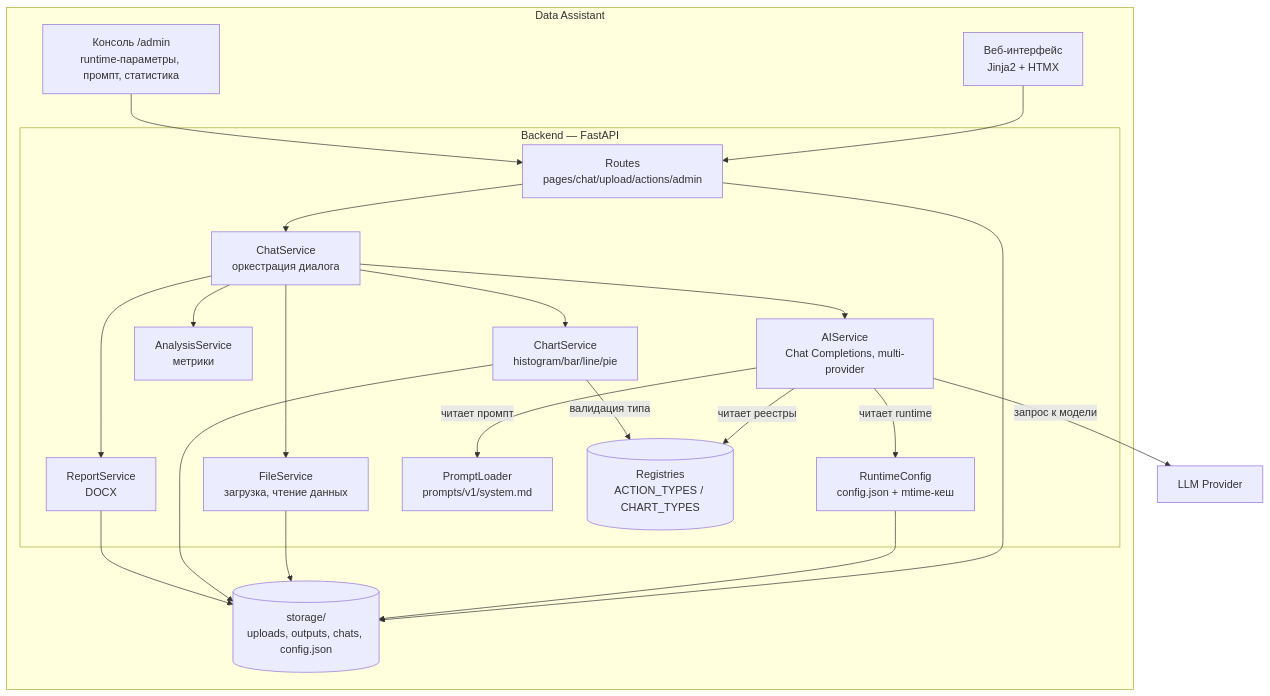
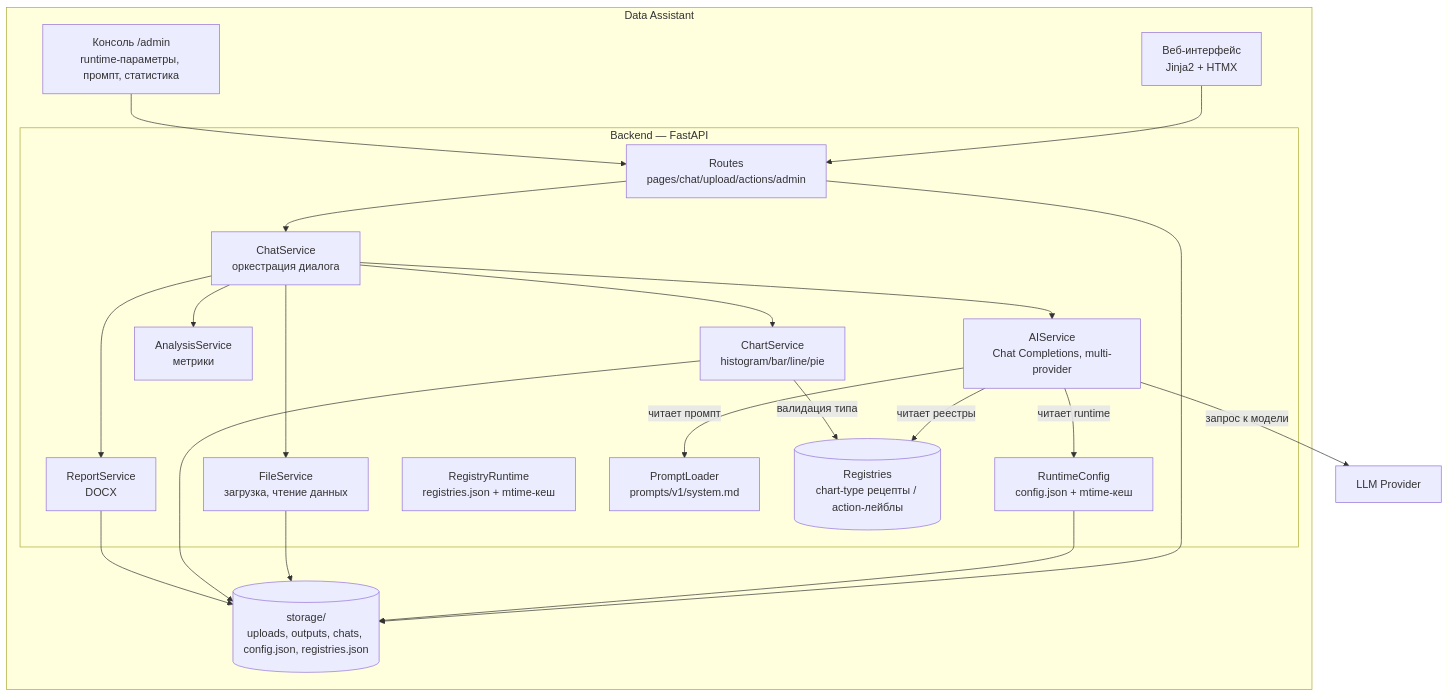
Before and after one commit to AlexLvGulyaev/ai-data-assistant: the second of 3 diagrams in docs/ARCHITECTURE.md, drawn with Mermaid. The commit also changed other lines of this file and 6 other files, not shown here.

````diff
--- a/docs/ARCHITECTURE.md
+++ b/docs/ARCHITECTURE.md
@@ -41,45 +41,46 @@
 ```mermaid
 flowchart TB
     subgraph "Data Assistant"
         WebUI["Веб-интерфейс<br/>Jinja2 + HTMX"]
         Admin["Консоль /admin<br/>runtime-параметры, промпт, статистика"]
 
         subgraph "Backend — FastAPI"
             Routes["Routes<br/>pages/chat/upload/actions/admin"]
             Chat["ChatService<br/>оркестрация диалога"]
             AIService["AIService<br/>Chat Completions, multi-provider"]
             FileService["FileService<br/>загрузка, чтение данных"]
             Analysis["AnalysisService<br/>метрики"]
             Chart["ChartService<br/>histogram/bar/line/pie"]
             Report["ReportService<br/>DOCX"]
             Runtime["RuntimeConfig<br/>config.json + mtime-кеш"]
+            RegRuntime["RegistryRuntime<br/>registries.json + mtime-кеш"]
             Prompt["PromptLoader<br/>prompts/v1/system.md"]
-            Reg[("Registries<br/>ACTION_TYPES / CHART_TYPES")]
+            Reg[("Registries<br/>chart-type рецепты / action-лейблы")]
         end
 
-        Storage[("storage/<br/>uploads, outputs, chats, config.json")]
+        Storage[("storage/<br/>uploads, outputs, chats, config.json, registries.json")]
     end
 
     LLM[LLM Provider]
 
     WebUI --> Routes
     Admin --> Routes
     Routes --> Chat
     Chat --> AIService
     Chat --> FileService
     Chat --> Analysis
     Chat --> Chart
     Chat --> Report
 
     AIService -->|"читает runtime"| Runtime
     AIService -->|"читает промпт"| Prompt
     AIService -->|"читает реестры"| Reg
     Chart -->|"валидация типа"| Reg
     AIService -->|"запрос к модели"| LLM
 
     Routes --> Storage
     Runtime --> Storage
     FileService --> Storage
     Chart --> Storage
     Report --> Storage
 ```
````
